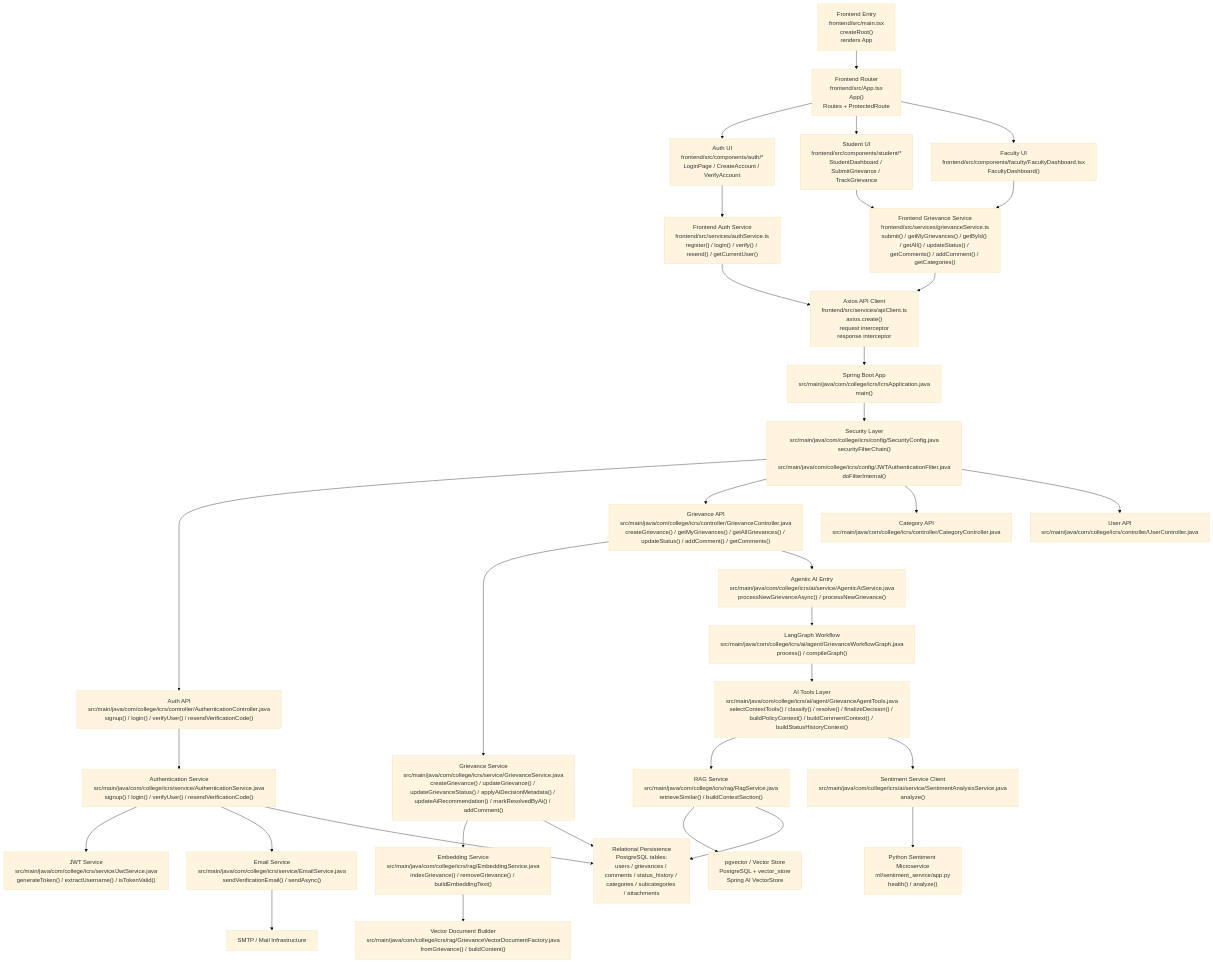
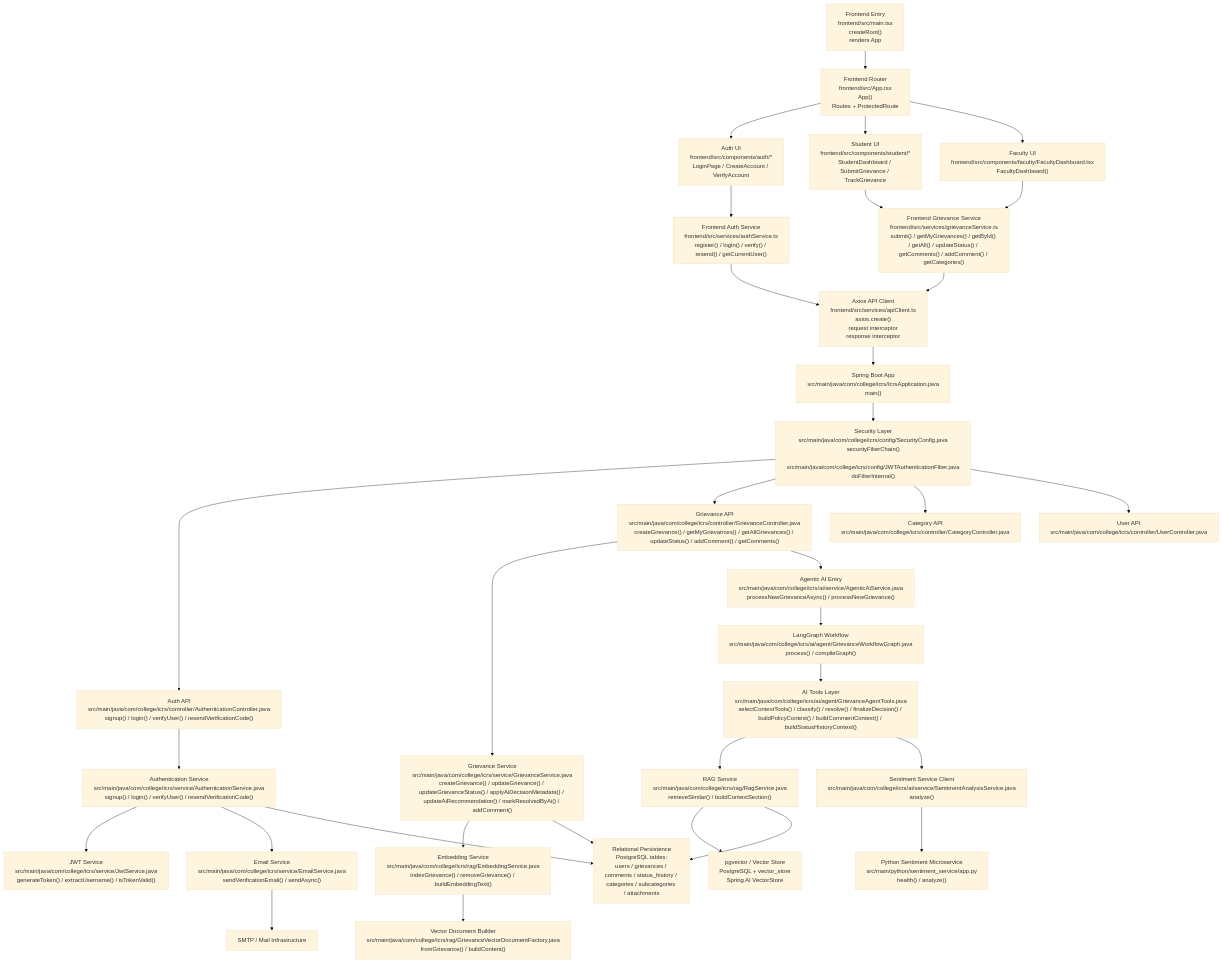
Before and after one commit to Phantom-VK/icrs: the diagram in documents/ICRS_ARCHITECTURE_OVERVIEW.mmd, drawn with Mermaid (base theme). The commit also changed 7 other files, not shown here.

Commit message:
refactor(ml): move sentiment service into src/main/python

```diff
--- a/documents/ICRS_ARCHITECTURE_OVERVIEW.mmd
+++ b/documents/ICRS_ARCHITECTURE_OVERVIEW.mmd
@@ -1,44 +1,44 @@
 flowchart TD
     A["Frontend Entry\nfrontend/src/main.tsx\ncreateRoot()\nrenders App"] --> B["Frontend Router\nfrontend/src/App.tsx\nApp()\nRoutes + ProtectedRoute"]
 
     B --> C["Auth UI\nfrontend/src/components/auth/*\nLoginPage / CreateAccount / VerifyAccount"]
     B --> D["Student UI\nfrontend/src/components/student/*\nStudentDashboard / SubmitGrievance / TrackGrievance"]
     B --> E["Faculty UI\nfrontend/src/components/faculty/FacultyDashboard.tsx\nFacultyDashboard()"]
 
     C --> F["Frontend Auth Service\nfrontend/src/services/authService.ts\nregister() / login() / verify() / resend() / getCurrentUser()"]
     D --> G["Frontend Grievance Service\nfrontend/src/services/grievanceService.ts\nsubmit() / getMyGrievances() / getById() / getAll() / updateStatus() / getComments() / addComment() / getCategories()"]
     E --> G
 
     F --> H["Axios API Client\nfrontend/src/services/apiClient.ts\naxios.create()\nrequest interceptor\nresponse interceptor"]
     G --> H
 
     H --> I["Spring Boot App\nsrc/main/java/com/college/icrs/IcrsApplication.java\nmain()"]
 
     I --> J["Security Layer\nsrc/main/java/com/college/icrs/config/SecurityConfig.java\nsecurityFilterChain()\n\nsrc/main/java/com/college/icrs/config/JWTAuthenticationFilter.java\ndoFilterInternal()"]
 
     J --> K["Auth API\nsrc/main/java/com/college/icrs/controller/AuthenticationController.java\nsignup() / login() / verifyUser() / resendVerificationCode()"]
     J --> L["Grievance API\nsrc/main/java/com/college/icrs/controller/GrievanceController.java\ncreateGrievance() / getMyGrievances() / getAllGrievances() / updateStatus() / addComment() / getComments()"]
     J --> M["Category API\nsrc/main/java/com/college/icrs/controller/CategoryController.java"]
     J --> N["User API\nsrc/main/java/com/college/icrs/controller/UserController.java"]
 
     K --> O["Authentication Service\nsrc/main/java/com/college/icrs/service/AuthenticationService.java\nsignup() / login() / verifyUser() / resendVerificationCode()"]
     O --> P["JWT Service\nsrc/main/java/com/college/icrs/service/JwtService.java\ngenerateToken() / extractUsername() / isTokenValid()"]
     O --> Q["Email Service\nsrc/main/java/com/college/icrs/service/EmailService.java\nsendVerificationEmail() / sendAsync()"]
 
     L --> R["Grievance Service\nsrc/main/java/com/college/icrs/service/GrievanceService.java\ncreateGrievance() / updateGrievance() / updateGrievanceStatus() / applyAiDecisionMetadata() / updateAiRecommendation() / markResolvedByAi() / addComment()"]
     R --> S["Embedding Service\nsrc/main/java/com/college/icrs/rag/EmbeddingService.java\nindexGrievance() / removeGrievance() / buildEmbeddingText()"]
     L --> T["Agentic AI Entry\nsrc/main/java/com/college/icrs/ai/service/AgenticAiService.java\nprocessNewGrievanceAsync() / processNewGrievance()"]
 
     T --> U["LangGraph Workflow\nsrc/main/java/com/college/icrs/ai/agent/GrievanceWorkflowGraph.java\nprocess() / compileGraph()"]
     U --> V["AI Tools Layer\nsrc/main/java/com/college/icrs/ai/agent/GrievanceAgentTools.java\nselectContextTools() / classify() / resolve() / finalizeDecision() / buildPolicyContext() / buildCommentContext() / buildStatusHistoryContext()"]
     V --> W["RAG Service\nsrc/main/java/com/college/icrs/rag/RagService.java\nretrieveSimilar() / buildContextSection()"]
     V --> X["Sentiment Service Client\nsrc/main/java/com/college/icrs/ai/service/SentimentAnalysisService.java\nanalyze()"]
 
-    X --> Y["Python Sentiment Microservice\nml/sentiment_service/app.py\nhealth() / analyze()"]
+    X --> Y["Python Sentiment Microservice\nsrc/main/python/sentiment_service/app.py\nhealth() / analyze()"]
 
     S --> Z["Vector Document Builder\nsrc/main/java/com/college/icrs/rag/GrievanceVectorDocumentFactory.java\nfromGrievance() / buildContent()"]
     W --> AA["pgvector / Vector Store\nPostgreSQL + vector_store\nSpring AI VectorStore"]
     R --> AB["Relational Persistence\nPostgreSQL tables:\nusers / grievances / comments / status_history / categories / subcategories / attachments"]
     O --> AB
     W --> AB
     Q --> AC["SMTP / Mail Infrastructure"]
```
